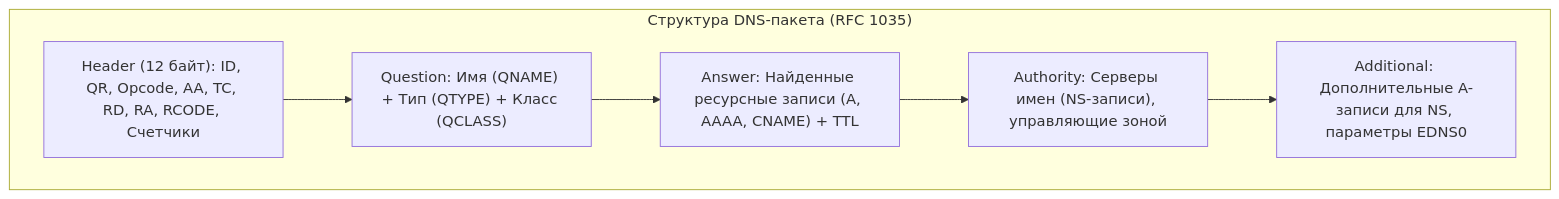
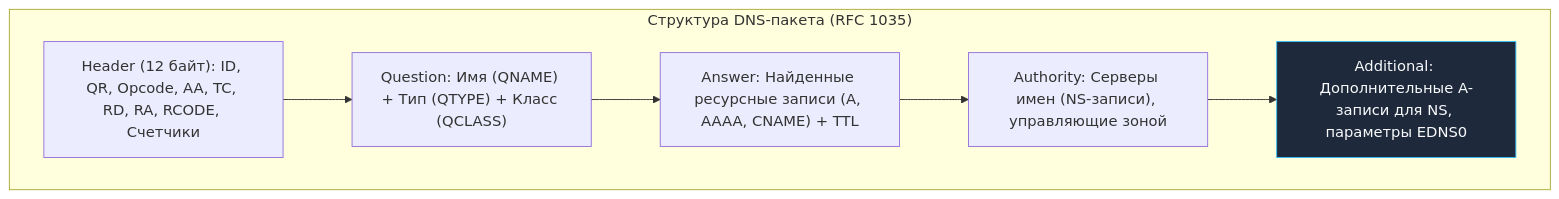
Before and after one commit to UnrealTemplier/go-textbook: the first of 4 diagrams in sources/3. Компьютерные сети и сетевой стек/17. DNS под капотом. Record Types, TTL, Recursive Resolver, кеширование.md, drawn with Mermaid. The commit also changed other lines of this file and 1666 other files, not shown here.

First line of the commit message:
feat(mermaid): add semantic color classDef to 1369 colorless flowchart/graph diagrams

````diff
--- a/sources/3. Компьютерные сети и сетевой стек/17. DNS под капотом. Record Types, TTL, Recursive Resolver, кеширование.md
+++ b/sources/3. Компьютерные сети и сетевой стек/17. DNS под капотом. Record Types, TTL, Recursive Resolver, кеширование.md
@@ -54,11 +54,21 @@
 ```mermaid
 flowchart TD
+    classDef process  fill:#1e293b,stroke:#38bdf8,stroke-width:1px,color:#f8fafc
+    classDef success  fill:#064e3b,stroke:#34d399,stroke-width:1px,color:#f8fafc
+    classDef error    fill:#7f1d1d,stroke:#f87171,stroke-width:1px,color:#f8fafc
+    classDef warning  fill:#78350f,stroke:#fbbf24,stroke-width:1px,color:#f8fafc
+    classDef entry    fill:#1e3a5f,stroke:#38bdf8,stroke-width:2px,color:#f8fafc
+    classDef aux      fill:#334155,stroke:#64748b,stroke-width:1px,color:#f8fafc
+    classDef system   fill:#312e81,stroke:#a78bfa,stroke-width:1px,color:#f8fafc
+    classDef data     fill:#132d29,stroke:#2dd4bf,stroke-width:1px,color:#f8fafc
+    classDef network  fill:#881337,stroke:#fb7185,stroke-width:1px,color:#f8fafc
+    classDef accent   fill:#1e1b4b,stroke:#818cf8,stroke-width:1px,color:#f8fafc
     subgraph PKT["Структура DNS-пакета (RFC 1035)"]
         H["Header (12 байт): ID, QR, Opcode, AA, TC, RD, RA, RCODE, Счетчики"]
         Q["Question: Имя (QNAME) + Тип (QTYPE) + Класс (QCLASS)"]
         A["Answer: Найденные ресурсные записи (A, AAAA, CNAME) + TTL"]
         NS["Authority: Серверы имен (NS-записи), управляющие зоной"]
-        AR["Additional: Дополнительные A-записи для NS, параметры EDNS0"]
+        AR["Additional: Дополнительные A-записи для NS, параметры EDNS0"]:::process
         H --> Q --> A --> NS --> AR
     end
 ```
````
